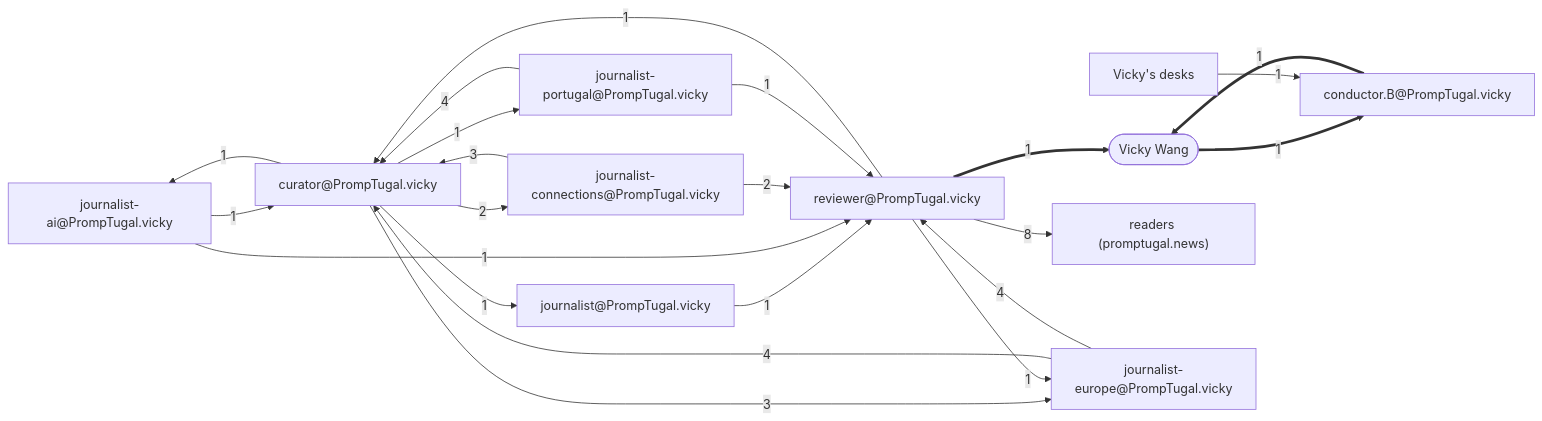
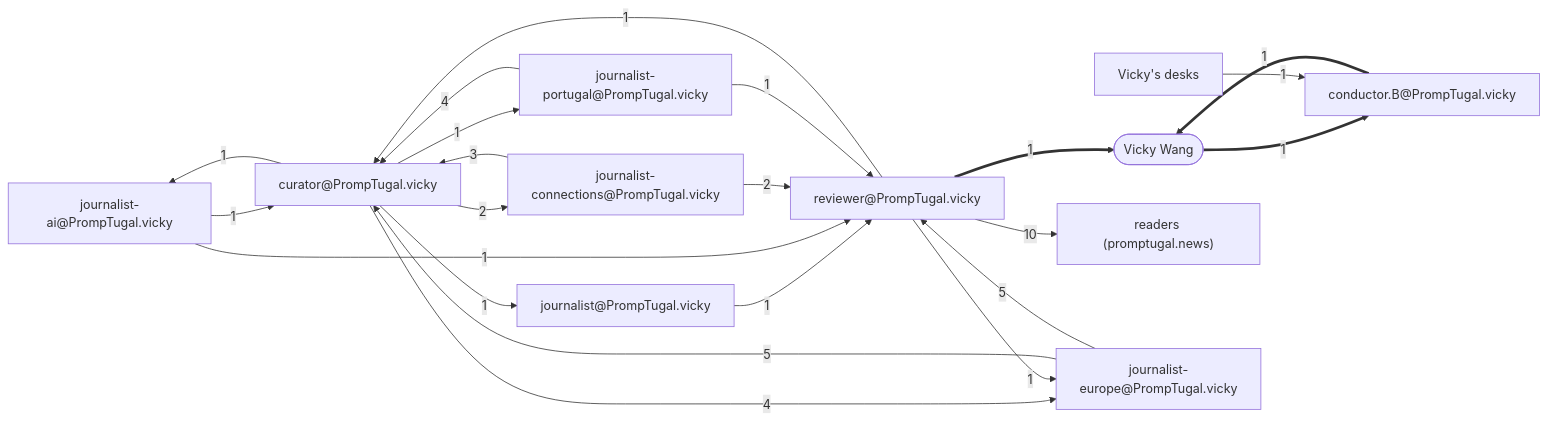
The diagram in board/team/journalist.newsroom/materials/the-discovery/flow.mmd (PrompTugal/PrompTugal__News__Website), drawn with Mermaid before and after one commit. The commit also changed 33 other files, not shown here.

```diff
--- a/board/team/journalist.newsroom/materials/the-discovery/flow.mmd
+++ b/board/team/journalist.newsroom/materials/the-discovery/flow.mmd
@@ -1,33 +1,33 @@
 flowchart LR
   A0(["Vicky Wang"])
   A1["conductor.B@PrompTugal.vicky"]
   A2["Vicky's desks"]
   A3["journalist-ai@PrompTugal.vicky"]
   A4["curator@PrompTugal.vicky"]
   A5["journalist@PrompTugal.vicky"]
   A6["reviewer@PrompTugal.vicky"]
   A7["readers (promptugal.news)"]
   A8["journalist-connections@PrompTugal.vicky"]
   A9["journalist-portugal@PrompTugal.vicky"]
   A10["journalist-europe@PrompTugal.vicky"]
   A0 ==>|1| A1
   A2 -->|1| A1
   A3 -->|1| A4
   A1 ==>|1| A0
   A4 -->|1| A3
   A4 -->|1| A5
   A5 -->|1| A6
-  A6 -->|8| A7
+  A6 -->|10| A7
   A8 -->|3| A4
   A9 -->|4| A4
-  A10 -->|4| A4
+  A10 -->|5| A4
   A3 -->|1| A6
   A4 -->|2| A8
-  A4 -->|3| A10
+  A4 -->|4| A10
   A8 -->|2| A6
-  A10 -->|4| A6
+  A10 -->|5| A6
   A4 -->|1| A9
   A6 -->|1| A10
   A9 -->|1| A6
   A6 ==>|1| A0
   A6 -->|1| A4
```
